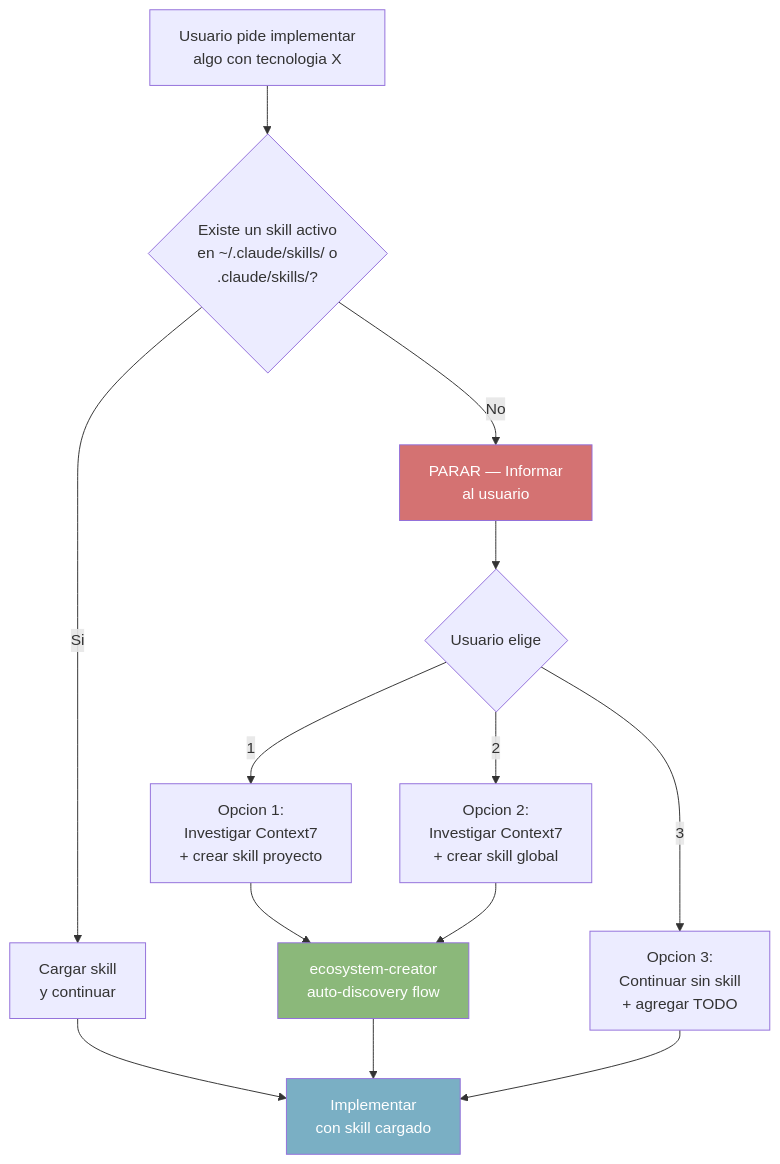
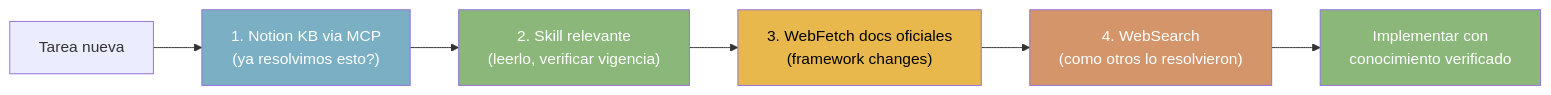
The seventh of 14 diagrams in docs/architecture/arquitectura-diagrama.md (jota-batuta/batuta-dots), drawn with Mermaid before and after one commit. The commit also changed other lines of this file and 120 other files, not shown here.

````diff
--- a/docs/architecture/arquitectura-diagrama.md
+++ b/docs/architecture/arquitectura-diagrama.md
@@ -566,30 +253,17 @@
 ```mermaid
-flowchart TD
-    START["Usuario pide implementar<br/>algo con tecnologia X"]
-    CHECK{"Existe un skill activo<br/>en ~/.claude/skills/ o<br/>.claude/skills/?"}
-    LOAD["Cargar skill<br/>y continuar"]
-    STOP["PARAR — Informar<br/>al usuario"]
-    OPTIONS{"Usuario elige"}
-    OPT1["Opcion 1:<br/>Investigar Context7<br/>+ crear skill proyecto"]
-    OPT2["Opcion 2:<br/>Investigar Context7<br/>+ crear skill global"]
-    OPT3["Opcion 3:<br/>Continuar sin skill<br/>+ agregar TODO"]
-    CREATE["ecosystem-creator<br/>auto-discovery flow"]
-    CONTINUE["Implementar<br/>con skill cargado"]
+flowchart LR
+    TASK["Tarea nueva"]
+    R1["1. Notion KB via MCP<br/>(ya resolvimos esto?)"]
+    R2["2. Skill relevante<br/>(leerlo, verificar vigencia)"]
+    R3["3. WebFetch docs oficiales<br/>(framework changes)"]
+    R4["4. WebSearch<br/>(como otros lo resolvieron)"]
+    EXECUTE["Implementar con<br/>conocimiento verificado"]
 
-    START --> CHECK
-    CHECK -->|"Si"| LOAD
-    CHECK -->|"No"| STOP
-    LOAD --> CONTINUE
-    STOP --> OPTIONS
-    OPTIONS -->|"1"| OPT1
-    OPTIONS -->|"2"| OPT2
-    OPTIONS -->|"3"| OPT3
-    OPT1 --> CREATE
-    OPT2 --> CREATE
-    CREATE --> CONTINUE
-    OPT3 --> CONTINUE
+    TASK --> R1 --> R2 --> R3 --> R4 --> EXECUTE
 
-    style STOP fill:#D47272,color:#fff
-    style CREATE fill:#8BB87A,color:#fff
-    style CONTINUE fill:#7AAFC4,color:#fff
+    style R1 fill:#7AAFC4,color:#fff
+    style R2 fill:#8BB87A,color:#fff
+    style R3 fill:#E8B84D,color:#000
+    style R4 fill:#D4956A,color:#fff
+    style EXECUTE fill:#8BB87A,color:#fff
 ```
````
